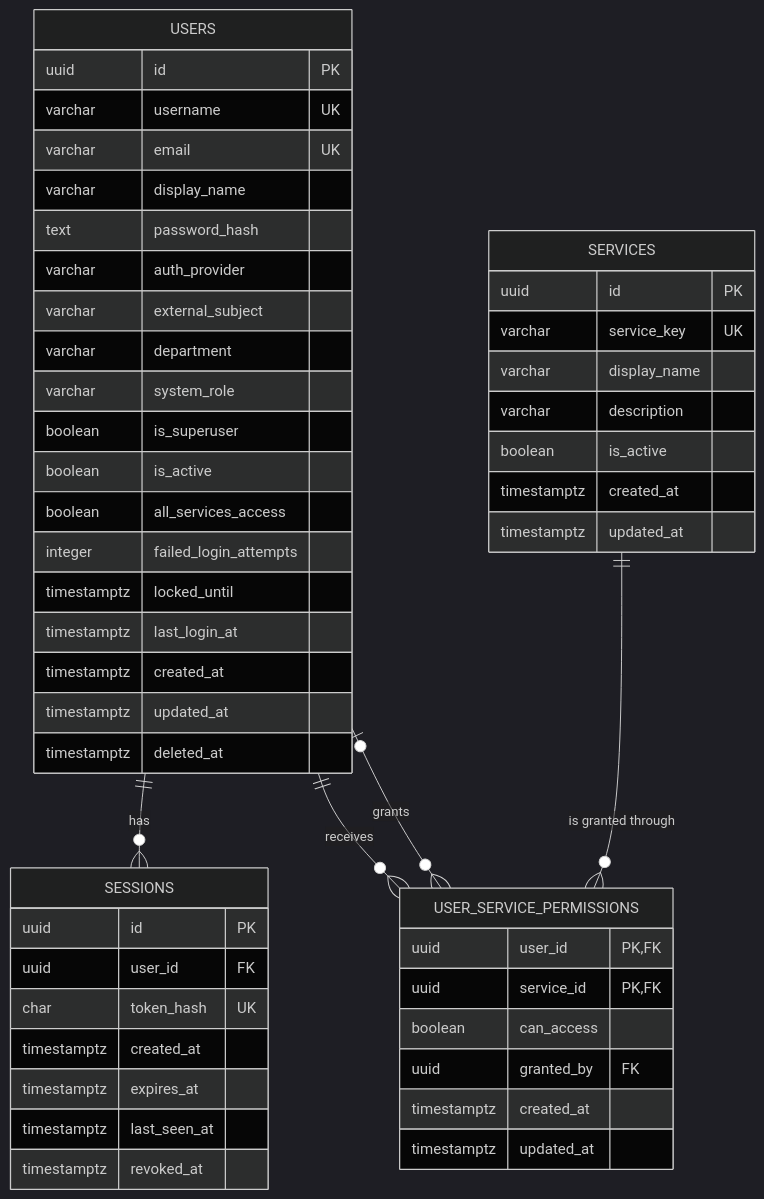
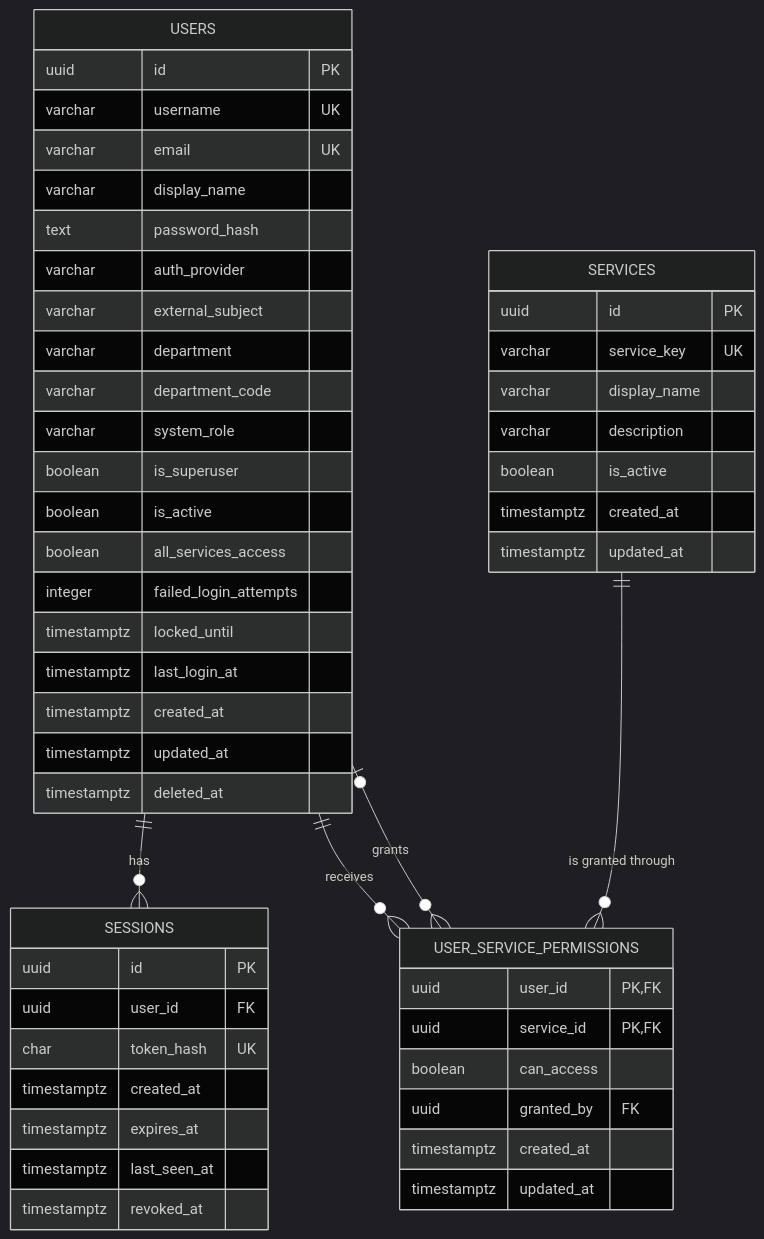
One commit to studyhard01/automation_smb changed the sixth of 7 diagrams in docs/AUTHENTICATION_AND_USER_MANAGEMENT.md. Above: the diagram before and after it, drawn with Mermaid (dark theme). The commit also changed other lines of this file and 5 other files, not shown here.

````diff
--- a/docs/AUTHENTICATION_AND_USER_MANAGEMENT.md
+++ b/docs/AUTHENTICATION_AND_USER_MANAGEMENT.md
@@ -369,57 +369,58 @@
 ```mermaid
 erDiagram
     USERS ||--o{ SESSIONS : "has"
     USERS ||--o{ USER_SERVICE_PERMISSIONS : "receives"
     SERVICES ||--o{ USER_SERVICE_PERMISSIONS : "is granted through"
     USERS o|--o{ USER_SERVICE_PERMISSIONS : "grants"
 
     USERS {
         uuid id PK
         varchar username UK
         varchar email UK
         varchar display_name
         text password_hash
         varchar auth_provider
         varchar external_subject
         varchar department
+        varchar department_code
         varchar system_role
         boolean is_superuser
         boolean is_active
         boolean all_services_access
         integer failed_login_attempts
         timestamptz locked_until
         timestamptz last_login_at
         timestamptz created_at
         timestamptz updated_at
         timestamptz deleted_at
     }
 
     SERVICES {
         uuid id PK
         varchar service_key UK
         varchar display_name
         varchar description
         boolean is_active
         timestamptz created_at
         timestamptz updated_at
     }
 
     USER_SERVICE_PERMISSIONS {
         uuid user_id PK, FK
         uuid service_id PK, FK
         boolean can_access
         uuid granted_by FK
         timestamptz created_at
         timestamptz updated_at
     }
 
     SESSIONS {
         uuid id PK
         uuid user_id FK
         char token_hash UK
         timestamptz created_at
         timestamptz expires_at
         timestamptz last_seen_at
         timestamptz revoked_at
     }
 ```
````
